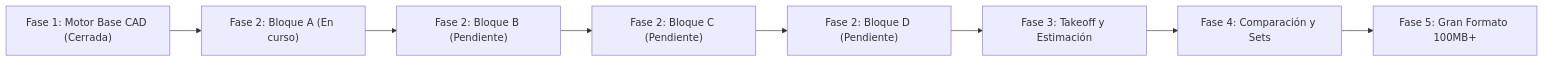
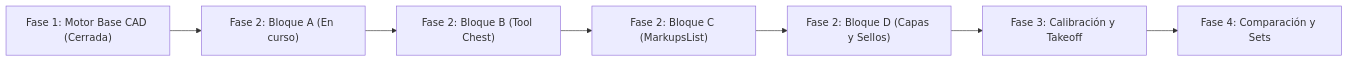
Before and after one commit to jacobavina/pdfrev: the diagram in ROADMAP.md, drawn with Mermaid. The commit also changed other lines of this file and 7 other files, not shown here.

Commit message:
fix(discipline): corregir citas de PARITY.md, crear parity-check.mjs y alinear SCOPE, ROADMAP y STATUS al plan vigente

````diff
--- a/ROADMAP.md
+++ b/ROADMAP.md
@@ -9,10 +9,9 @@
 ```mermaid
 flowchart LR
     F1["Fase 1: Motor Base CAD (Cerrada)"] --> F2A["Fase 2: Bloque A (En curso)"]
-    F2A --> F2B["Fase 2: Bloque B (Pendiente)"]
-    F2B --> F2C["Fase 2: Bloque C (Pendiente)"]
-    F2C --> F2D["Fase 2: Bloque D (Pendiente)"]
-    F2D --> F3["Fase 3: Takeoff y Estimación"]
+    F2A --> F2B["Fase 2: Bloque B (Tool Chest)"]
+    F2B --> F2C["Fase 2: Bloque C (MarkupsList)"]
+    F2C --> F2D["Fase 2: Bloque D (Capas y Sellos)"]
+    F2D --> F3["Fase 3: Calibración y Takeoff"]
     F3 --> F4["Fase 4: Comparación y Sets"]
-    F4 --> F5["Fase 5: Gran Formato 100MB+"]
 ```
````
